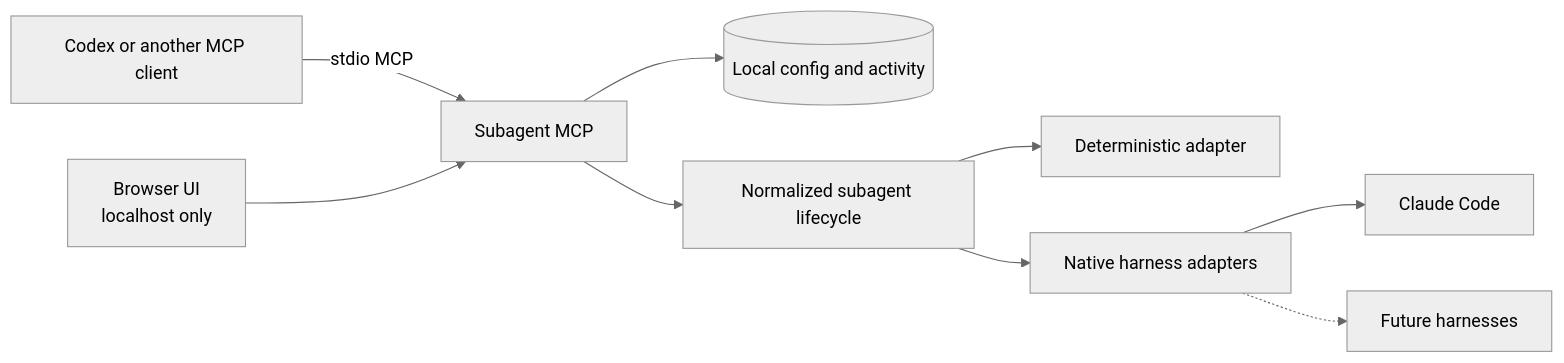
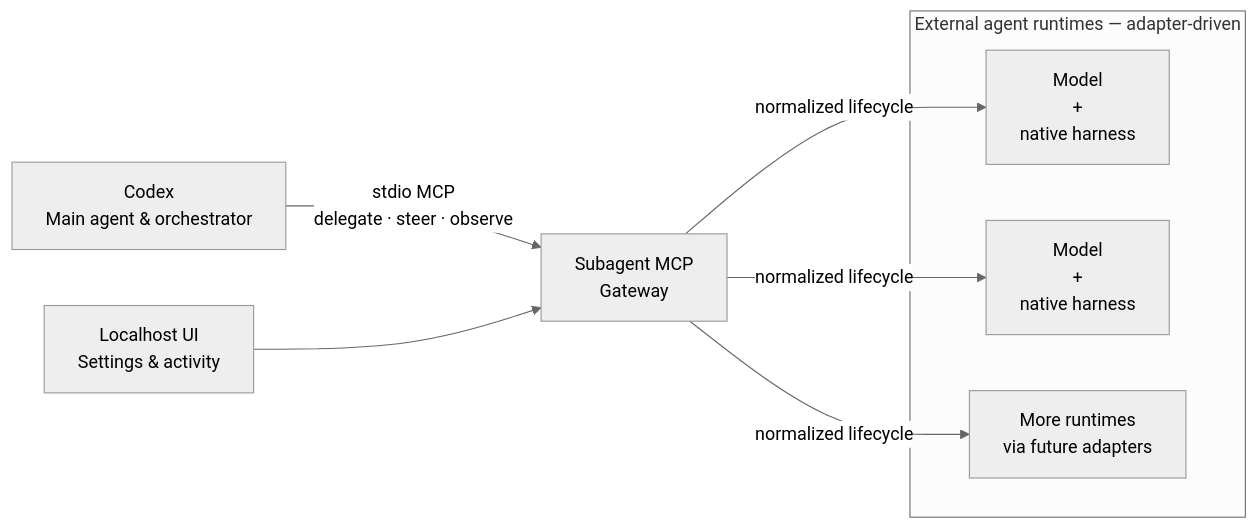
One commit to Thang1710/subagent-mcp changed the diagram in README.md. Above: the diagram before and after it, drawn with Mermaid (neutral theme). The commit also changed other lines of this file and 1 other file, not shown here.

Commit message:
docs: explain the external runtime gateway

````diff
--- a/README.md
+++ b/README.md
@@ -58,11 +82,19 @@
 ```mermaid
 flowchart LR
-    C["Codex or another MCP client"] -->|"stdio MCP"| S["Subagent MCP"]
-    U["Browser UI<br/>localhost only"] --> S
-    S --> D[("Local config and activity")]
-    S --> L["Normalized subagent lifecycle"]
-    L --> F["Deterministic adapter"]
-    L --> N["Native harness adapters"]
-    N --> H["Claude Code"]
-    N -.-> X["Future harnesses"]
+    C["Codex<br/>Main agent & orchestrator"]
+    M["Subagent MCP<br/>Gateway"]
+    UI["Localhost UI<br/>Settings & activity"]
+
+    C -->|"stdio MCP<br/>delegate · steer · observe"| M
+    UI --> M
+
+    subgraph E["External agent runtimes — adapter-driven"]
+        R1["Model<br/>+<br/>native harness"]
+        R2["Model<br/>+<br/>native harness"]
+        RN["More runtimes<br/>via future adapters"]
+    end
+
+    M -->|"normalized lifecycle"| R1
+    M -->|"normalized lifecycle"| R2
+    M -->|"normalized lifecycle"| RN
 ```
````
